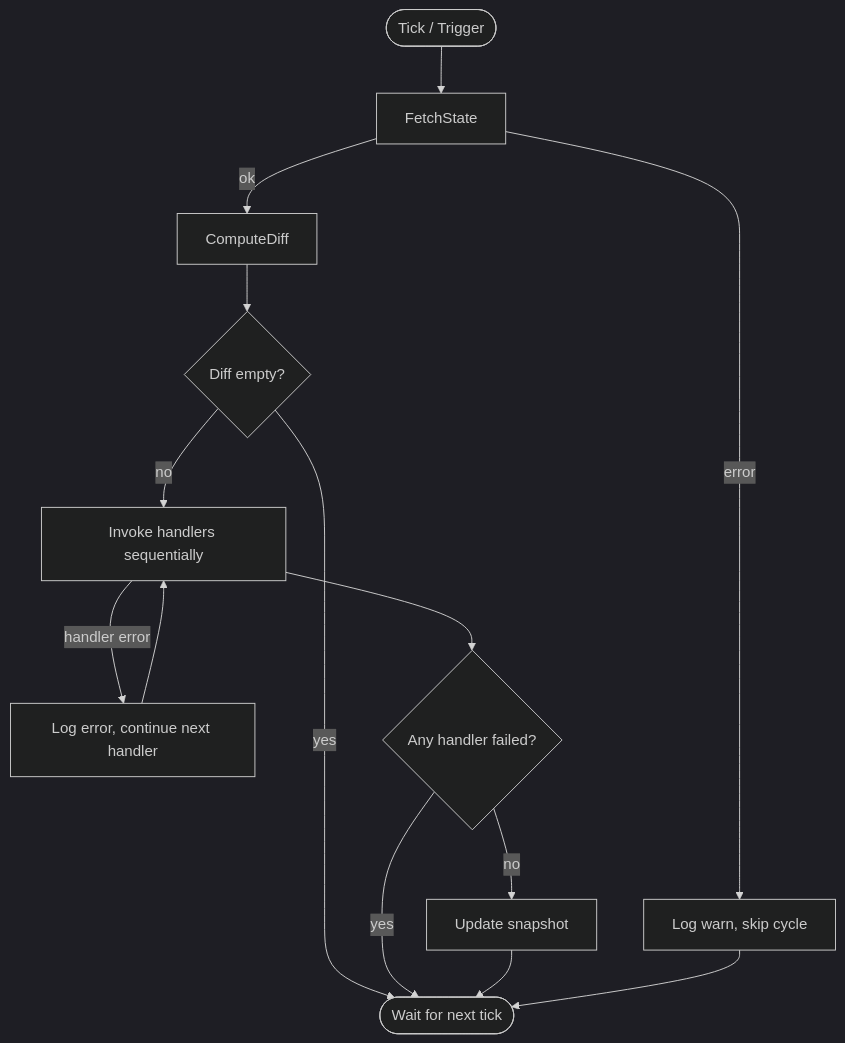
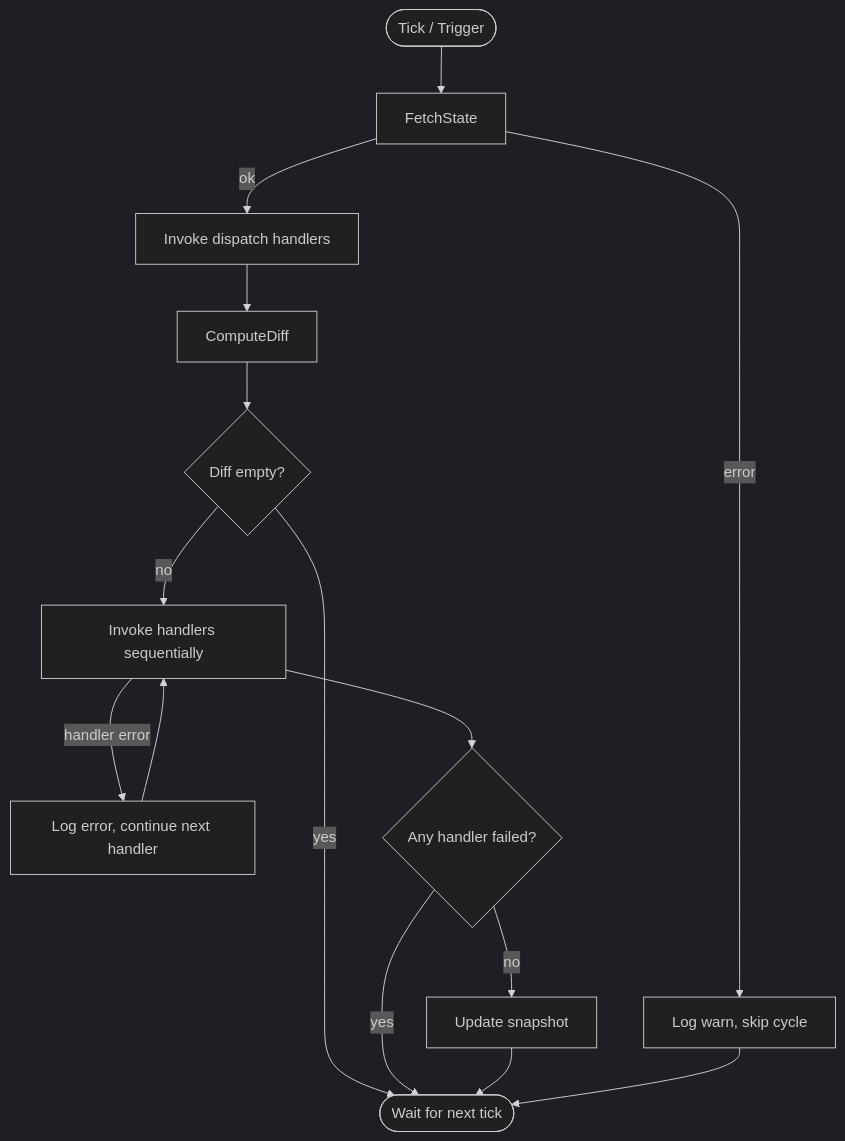
Before and after one commit to plexsphere/plexd: the diagram in docs/reference/core/reconciliation.md, drawn with Mermaid (dark theme). The commit also changed other lines of this file and 16 other files, not shown here.

````diff
--- a/docs/reference/core/reconciliation.md
+++ b/docs/reference/core/reconciliation.md
@@ -112,16 +127,17 @@
 ```mermaid
 flowchart TD
     START([Tick / Trigger]) --> FETCH[FetchState]
     FETCH -->|error| SKIP_ERR[Log warn, skip cycle]
-    FETCH -->|ok| DIFF[ComputeDiff]
+    FETCH -->|ok| DISPATCH[Invoke dispatch handlers]
+    DISPATCH --> DIFF[ComputeDiff]
     DIFF --> EMPTY{Diff empty?}
     EMPTY -->|yes| DONE([Wait for next tick])
     EMPTY -->|no| HANDLERS[Invoke handlers sequentially]
     HANDLERS -->|handler error| LOG_ERR[Log error, continue next handler]
     LOG_ERR --> HANDLERS
     HANDLERS --> FAILED{Any handler failed?}
     FAILED -->|yes| DONE
     FAILED -->|no| SNAPSHOT[Update snapshot]
     SNAPSHOT --> DONE
     SKIP_ERR --> DONE
 ```
````
